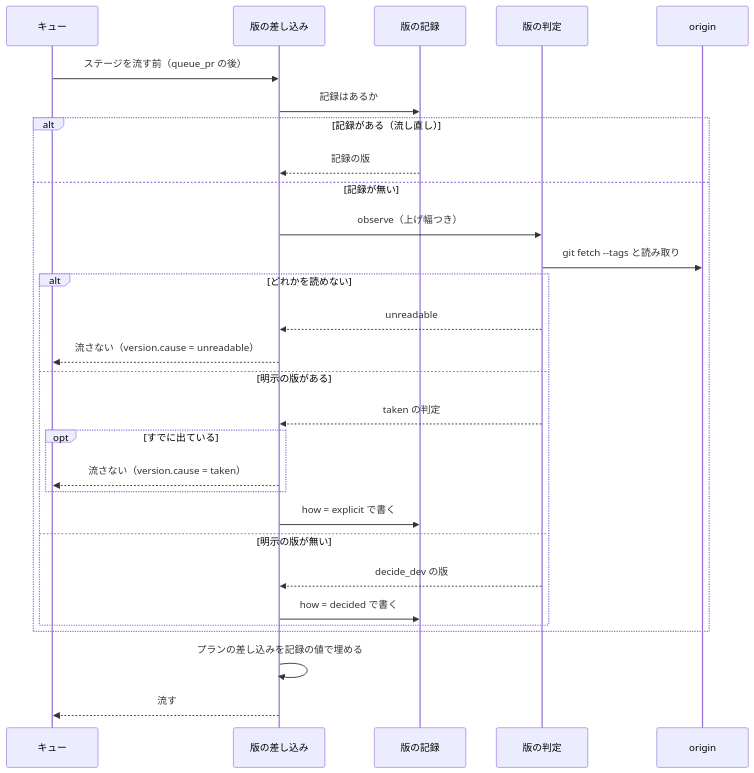
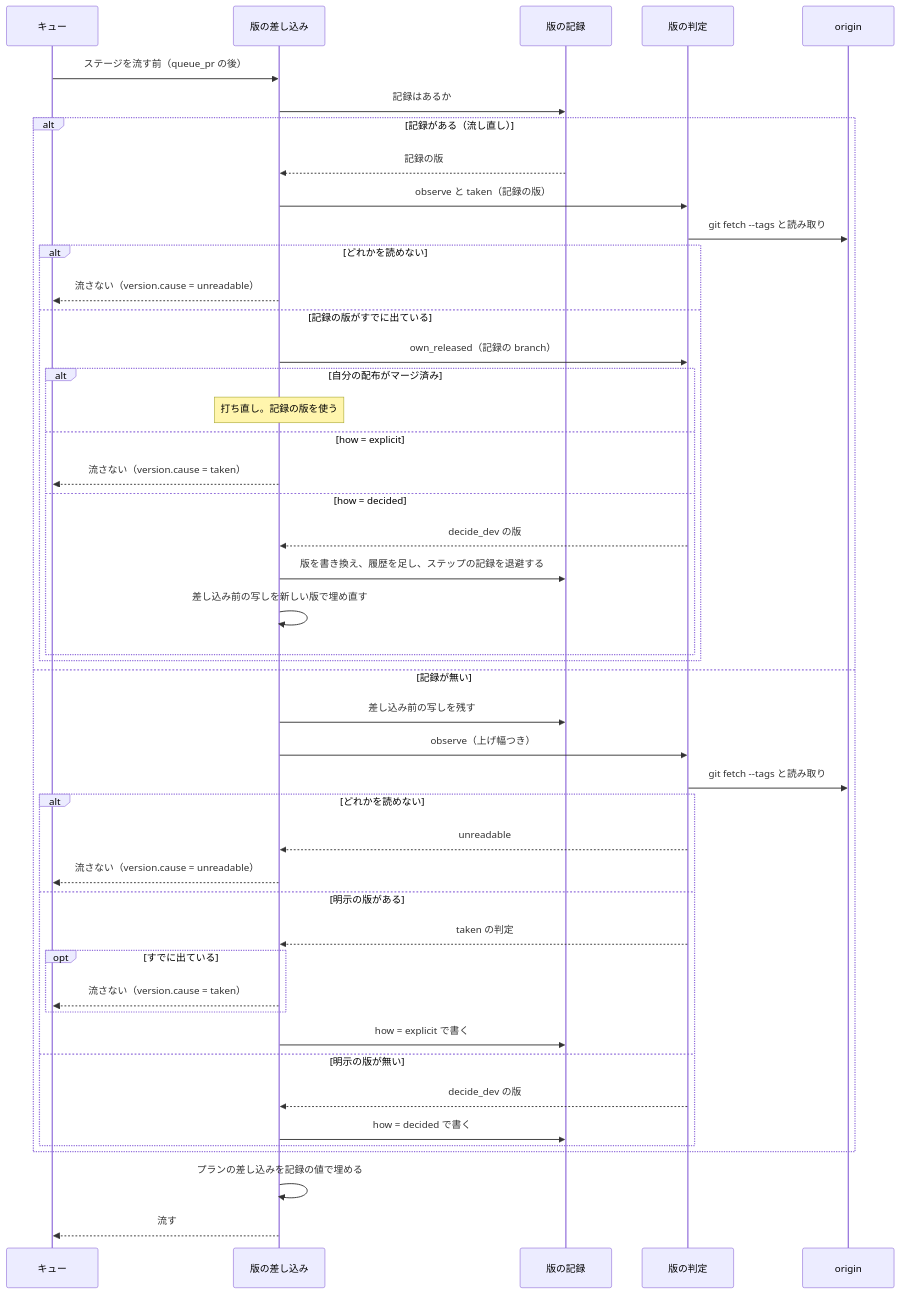
Before and after one commit to devbasex/ai-plugins: the third of 3 diagrams in issues/issue-2164-design.md, drawn with Mermaid. The commit also changed other lines of this file and 2 other files, not shown here.

````diff
--- a/issues/issue-2164-design.md
+++ b/issues/issue-2164-design.md
@@ -263,31 +294,48 @@
 ```mermaid
 sequenceDiagram
     participant Q as キュー
     participant F as 版の差し込み
     participant R as 版の記録
     participant J as 版の判定
     participant O as origin
     Q->>F: ステージを流す前（queue_pr の後）
     F->>R: 記録はあるか
     alt 記録がある（流し直し）
         R-->>F: 記録の版
+        F->>J: observe と taken（記録の版）
+        J->>O: git fetch --tags と読み取り
+        alt どれかを読めない
+            F-->>Q: 流さない（version.cause = unreadable）
+        else 記録の版がすでに出ている
+            F->>J: own_released（記録の branch）
+            alt 自分の配布がマージ済み
+                Note over F: 打ち直し。記録の版を使う
+            else how = explicit
+                F-->>Q: 流さない（version.cause = taken）
+            else how = decided
+                J-->>F: decide_dev の版
+                F->>R: 版を書き換え、履歴を足し、ステップの記録を退避する
+                F->>F: 差し込み前の写しを新しい版で埋め直す
+            end
+        end
     else 記録が無い
+        F->>R: 差し込み前の写しを残す
         F->>J: observe（上げ幅つき）
         J->>O: git fetch --tags と読み取り
         alt どれかを読めない
             J-->>F: unreadable
             F-->>Q: 流さない（version.cause = unreadable）
         else 明示の版がある
             J-->>F: taken の判定
             opt すでに出ている
                 F-->>Q: 流さない（version.cause = taken）
             end
             F->>R: how = explicit で書く
         else 明示の版が無い
             J-->>F: decide_dev の版
             F->>R: how = decided で書く
         end
     end
     F->>F: プランの差し込みを記録の値で埋める
     F-->>Q: 流す
 ```
````
